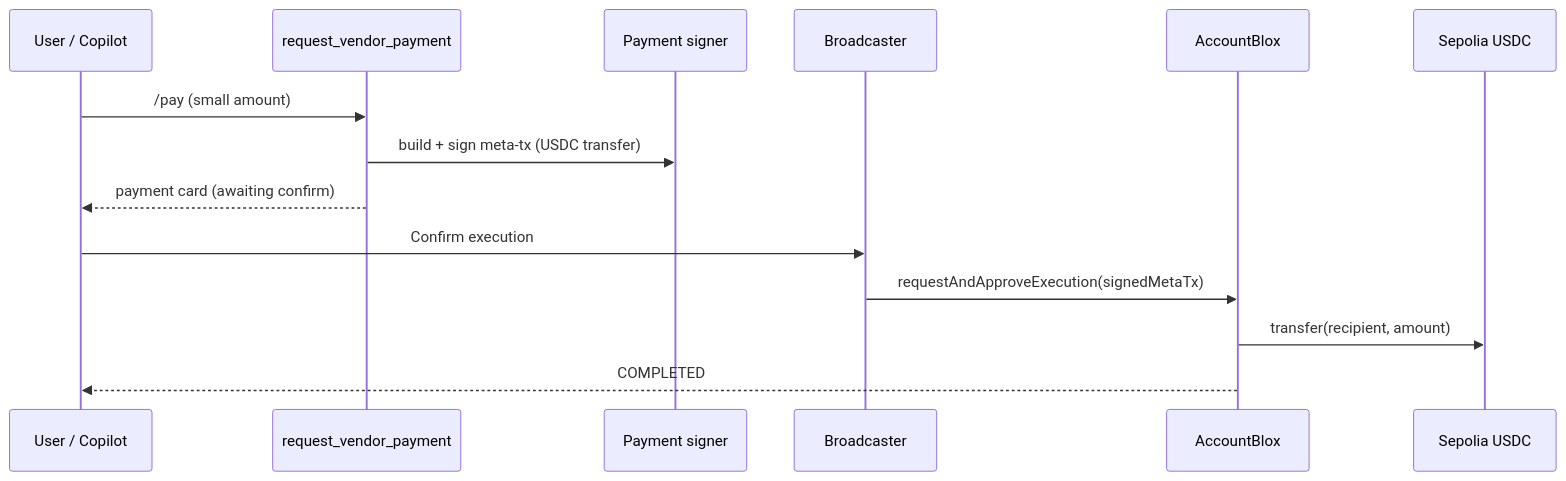
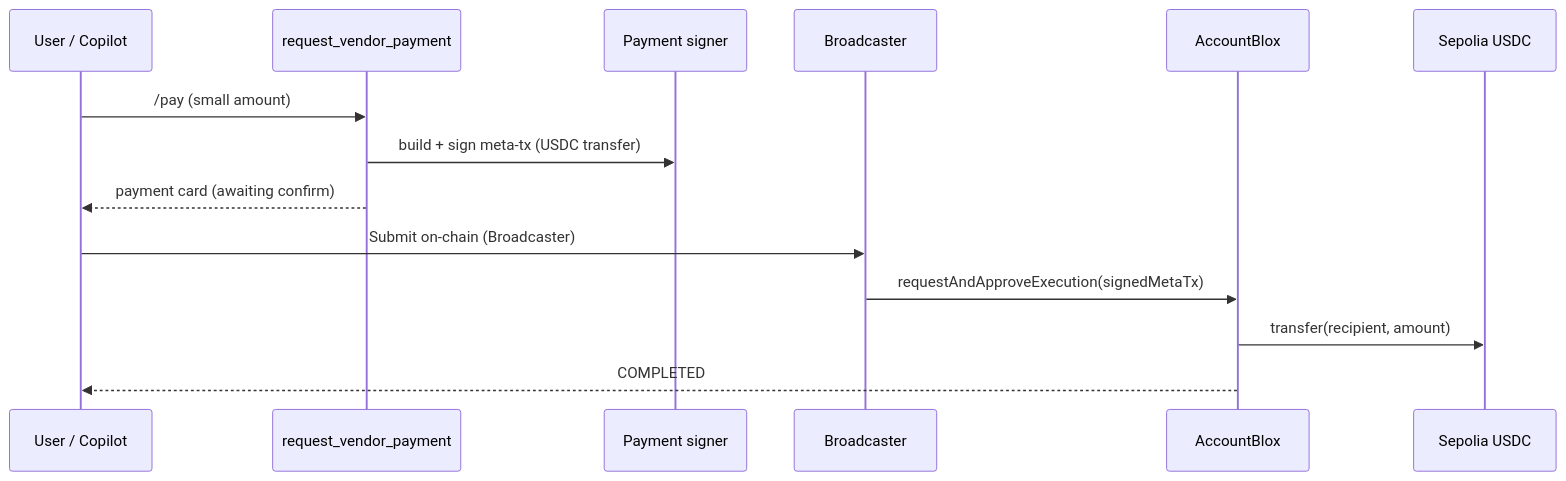
Before and after one commit to PracticalParticle/AgentBlox: the third of 4 diagrams in docs/on-chain-execution-flow.md, drawn with Mermaid. The commit also changed other lines of this file and 12 other files, not shown here.

````diff
--- a/docs/on-chain-execution-flow.md
+++ b/docs/on-chain-execution-flow.md
@@ -108,17 +108,17 @@
 ```mermaid
 sequenceDiagram
     participant User as User / Copilot
     participant Tool as request_vendor_payment
     participant Sign as Payment signer
     participant BC as Broadcaster
     participant AB as AccountBlox
     participant USDC as Sepolia USDC
 
     User->>Tool: /pay (small amount)
     Tool->>Sign: build + sign meta-tx (USDC transfer)
     Tool-->>User: payment card (awaiting confirm)
-    User->>BC: Confirm execution
+    User->>BC: Submit on-chain (Broadcaster)
     BC->>AB: requestAndApproveExecution(signedMetaTx)
     AB->>USDC: transfer(recipient, amount)
     AB-->>User: COMPLETED
 ```
````
